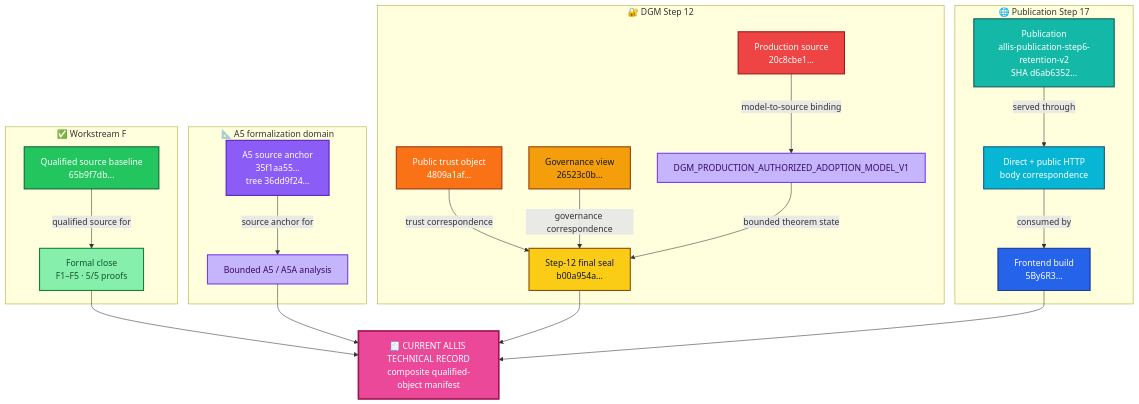
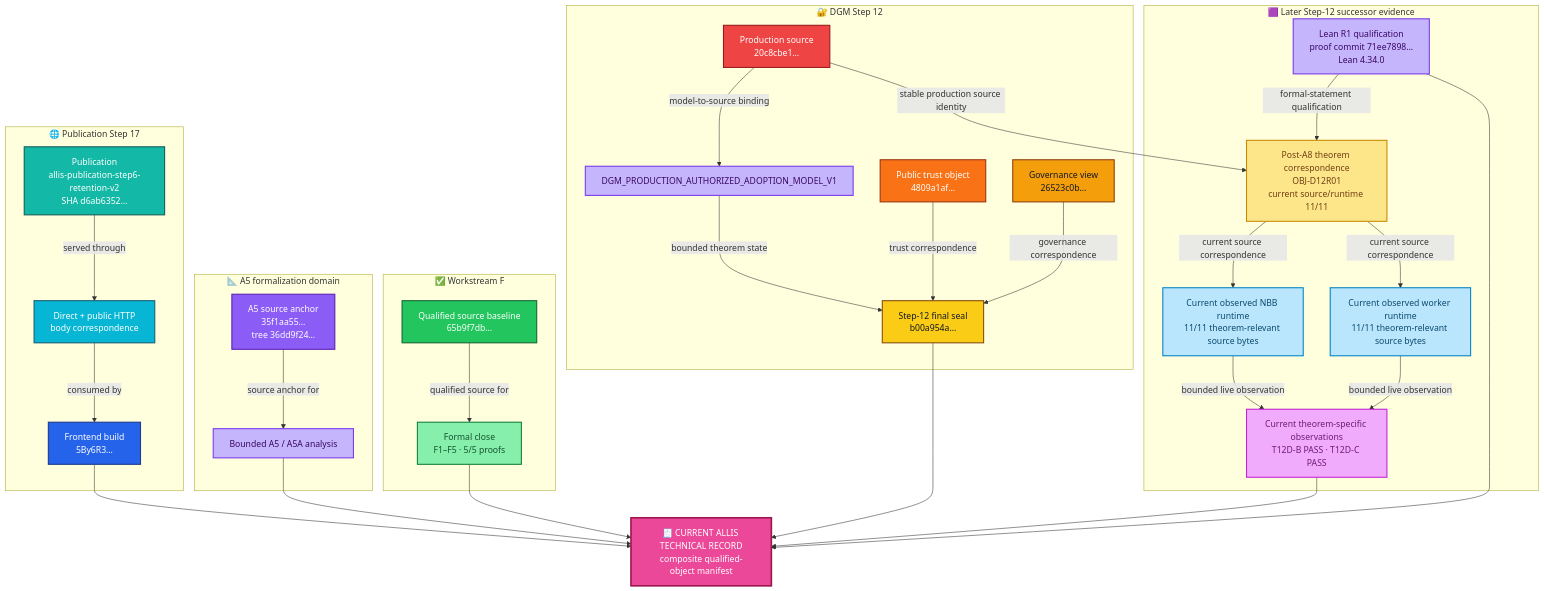
The first of 5 diagrams in acceptance/current-system-manifest.md (kiddstechnical/ALLIS-Artificial-Learning-and-Location-Intelligence-System), drawn with Mermaid before and after one commit. The commit also changed other lines of this file, not shown here.

Commit message:
Add Lean R1 and Post-A8 DGM correspondence badges

````diff
--- a/acceptance/current-system-manifest.md
+++ b/acceptance/current-system-manifest.md
@@ -59,56 +63,77 @@
 ```mermaid
 flowchart TB
     subgraph WF["✅ Workstream F"]
         F["Qualified source baseline<br/>65b9f7db…"]:::source
         FC["Formal close<br/>F1–F5 · 5/5 proofs"]:::close
         F -->|"qualified source for"| FC
     end
 
     subgraph A5["📐 A5 formalization domain"]
         A["A5 source anchor<br/>35f1aa55…<br/>tree 36dd9f24…"]:::proof
         AP["Bounded A5 / A5A analysis"]:::formal
         A -->|"source anchor for"| AP
     end
 
     subgraph S12["🔐 DGM Step 12"]
         D["Production source<br/>20c8cbe1…"]:::dgm
         M["DGM_PRODUCTION_AUTHORIZED_ADOPTION_MODEL_V1"]:::formal
         T["Public trust object<br/>4809a1af…"]:::trust
         V["Governance view<br/>26523c0b…"]:::governance
         SEAL["Step-12 final seal<br/>b00a954a…"]:::seal
 
         D -->|"model-to-source binding"| M
         T -->|"trust correspondence"| SEAL
         V -->|"governance correspondence"| SEAL
         M -->|"bounded theorem state"| SEAL
     end
 
+    subgraph LATER["🟪 Later Step-12 successor evidence"]
+        L["Lean R1 qualification<br/>proof commit 71ee7898…<br/>Lean 4.34.0"]:::lean
+        X["Post-A8 theorem correspondence<br/>OBJ-D12R01<br/>current source/runtime 11/11"]:::corr
+        NB["Current observed NBB runtime<br/>11/11 theorem-relevant source bytes"]:::runtime
+        WK["Current observed worker runtime<br/>11/11 theorem-relevant source bytes"]:::runtime
+        BC["Current theorem-specific observations<br/>T12D-B PASS · T12D-C PASS"]:::observe
+
+        L -->|"formal-statement qualification"| X
+        D -->|"stable production source identity"| X
+        X -->|"current source correspondence"| NB
+        X -->|"current source correspondence"| WK
+        NB -->|"bounded live observation"| BC
+        WK -->|"bounded live observation"| BC
+    end
+
     subgraph S17["🌐 Publication Step 17"]
         P["Publication<br/>allis-publication-step6-retention-v2<br/>SHA d6ab6352…"]:::publication
         H["Direct + public HTTP<br/>body correspondence"]:::http
         G["Frontend build<br/>5By6R3…"]:::gui
 
         P -->|"served through"| H
         H -->|"consumed by"| G
     end
 
     C["🧾 CURRENT ALLIS TECHNICAL RECORD<br/>composite qualified-object manifest"]:::current
 
     FC --> C
     AP --> C
     SEAL --> C
+    L --> C
+    BC --> C
     G --> C
 
     classDef source fill:#22c55e,stroke:#166534,color:#ffffff,stroke-width:2px;
     classDef close fill:#86efac,stroke:#15803d,color:#14532d,stroke-width:2px;
     classDef proof fill:#8b5cf6,stroke:#5b21b6,color:#ffffff,stroke-width:2px;
     classDef formal fill:#c4b5fd,stroke:#7c3aed,color:#3b0764,stroke-width:2px;
     classDef dgm fill:#ef4444,stroke:#991b1b,color:#ffffff,stroke-width:2px;
+    classDef lean fill:#c4b5fd,stroke:#7c3aed,color:#3b0764,stroke-width:2px;
+    classDef corr fill:#fde68a,stroke:#ca8a04,color:#713f12,stroke-width:2px;
+    classDef runtime fill:#bae6fd,stroke:#0284c7,color:#0c4a6e,stroke-width:2px;
+    classDef observe fill:#f0abfc,stroke:#c026d3,color:#701a75,stroke-width:2px;
     classDef trust fill:#f97316,stroke:#9a3412,color:#ffffff,stroke-width:2px;
     classDef governance fill:#f59e0b,stroke:#92400e,color:#111827,stroke-width:2px;
     classDef seal fill:#facc15,stroke:#854d0e,color:#111827,stroke-width:2px;
     classDef publication fill:#14b8a6,stroke:#115e59,color:#ffffff,stroke-width:2px;
     classDef http fill:#06b6d4,stroke:#155e75,color:#ffffff,stroke-width:2px;
     classDef gui fill:#2563eb,stroke:#1e3a8a,color:#ffffff,stroke-width:2px;
     classDef current fill:#ec4899,stroke:#9d174d,color:#ffffff,stroke-width:3px;
 ```
````
